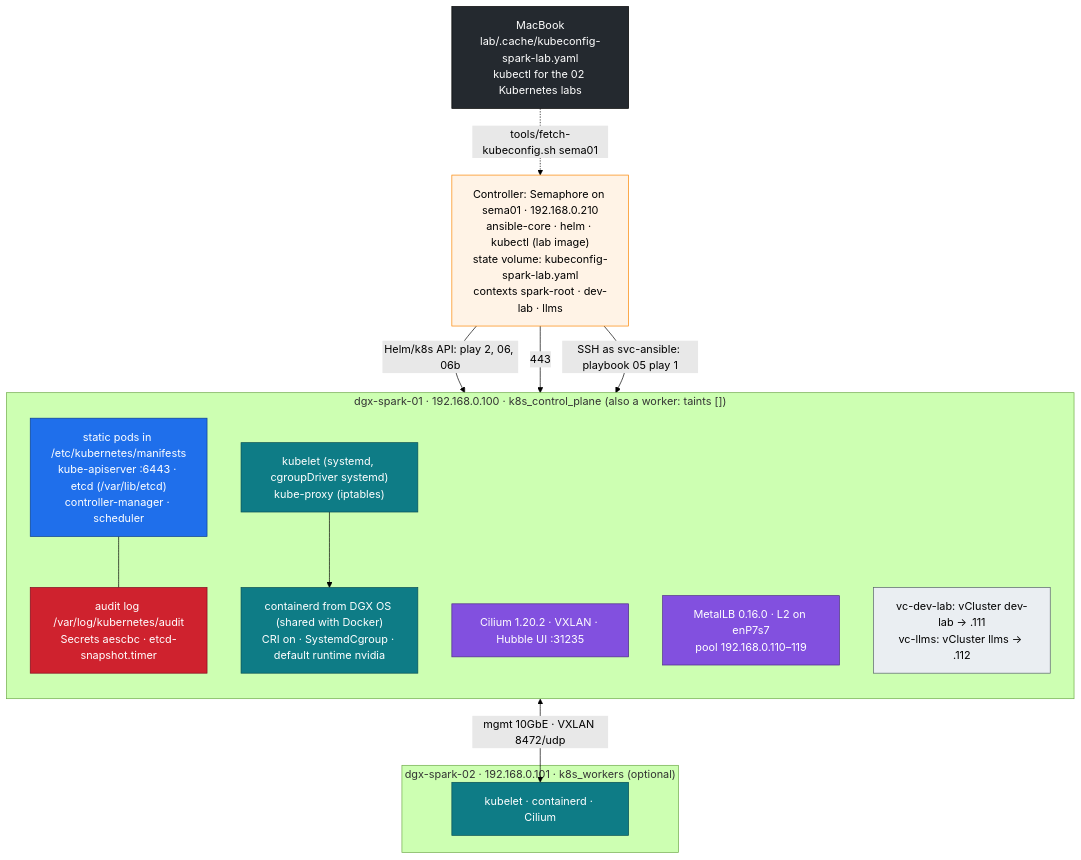
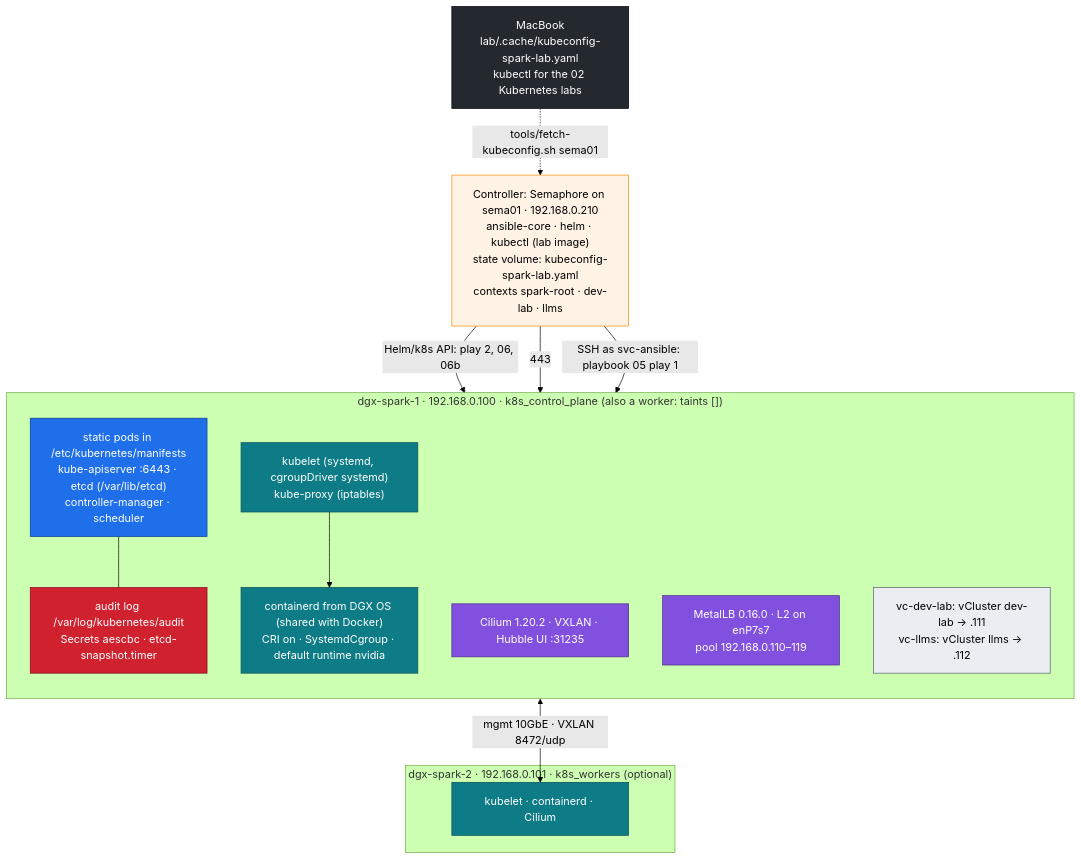
Before and after one commit to cloudone365/technical-depth: the diagram in 01 Ansible/16-kubernetes-bare-metal-bootstrap-kubeadm.md, drawn with Mermaid (forest theme). The commit also changed other lines of this file and 91 other files, not shown here.

First line of the commit message:
Rename the Spark hosts to dgx-spark-1 / dgx-spark-2

````diff
--- a/01 Ansible/16-kubernetes-bare-metal-bootstrap-kubeadm.md
+++ b/01 Ansible/16-kubernetes-bare-metal-bootstrap-kubeadm.md
@@ -37,39 +37,39 @@
 ```mermaid
 flowchart TB
   CTL["Controller: Semaphore on sema01 · 192.168.0.210<br/>ansible-core · helm · kubectl (lab image)<br/>state volume: kubeconfig-spark-lab.yaml<br/>contexts spark-root · dev-lab · llms"]
   MAC["MacBook<br/>lab/.cache/kubeconfig-spark-lab.yaml<br/>kubectl for the 02 Kubernetes labs"]
   MAC -. "tools/fetch-kubeconfig.sh sema01" .-> CTL
-  subgraph S1["dgx-spark-01 · 192.168.0.100 · k8s_control_plane (also a worker: taints [])"]
+  subgraph S1["dgx-spark-1 · 192.168.0.100 · k8s_control_plane (also a worker: taints [])"]
     direction TB
     CP["static pods in /etc/kubernetes/manifests<br/>kube-apiserver :6443 · etcd (/var/lib/etcd)<br/>controller-manager · scheduler"]
     SEC["audit log /var/log/kubernetes/audit<br/>Secrets aescbc · etcd-snapshot.timer"]
     KL["kubelet (systemd, cgroupDriver systemd)<br/>kube-proxy (iptables)"]
     CTD["containerd from DGX OS (shared with Docker)<br/>CRI on · SystemdCgroup · default runtime nvidia"]
     CIL["Cilium 1.20.2 · VXLAN · Hubble UI :31235"]
     MLB["MetalLB 0.16.0 · L2 on enP7s7<br/>pool 192.168.0.110–119"]
     VC["vc-dev-lab: vCluster dev-lab → .111<br/>vc-llms: vCluster llms → .112"]
   end
-  subgraph S2["dgx-spark-02 · 192.168.0.101 · k8s_workers (optional)"]
+  subgraph S2["dgx-spark-2 · 192.168.0.101 · k8s_workers (optional)"]
     KL2["kubelet · containerd · Cilium"]
   end
   CTL -->|"SSH as svc-ansible: playbook 05 play 1"| S1
   CTL -->|"Helm/k8s API: play 2, 06, 06b"| CP
   CTL -->|"443"| VC
   CP --- SEC
   KL --> CTD
   CP <-->|"mgmt 10GbE · VXLAN 8472/udp"| KL2
   classDef ext fill:#24292f,stroke:#000,color:#fff
   classDef ctrl fill:#1f6feb,stroke:#0b3d91,color:#fff
   classDef node fill:#0e7c86,stroke:#064e54,color:#fff
   classDef net fill:#8250df,stroke:#4c2889,color:#fff
   classDef sec fill:#cf222e,stroke:#82071e,color:#fff
   classDef tenant fill:#eaeef2,stroke:#57606a,color:#000
   classDef mgmt fill:#fff3e6,stroke:#fb8500,color:#000
   class CTL mgmt
   class MAC ext
   class CP ctrl
   class KL,CTD,KL2 node
   class CIL,MLB net
   class SEC sec
   class VC tenant
 ```
````
